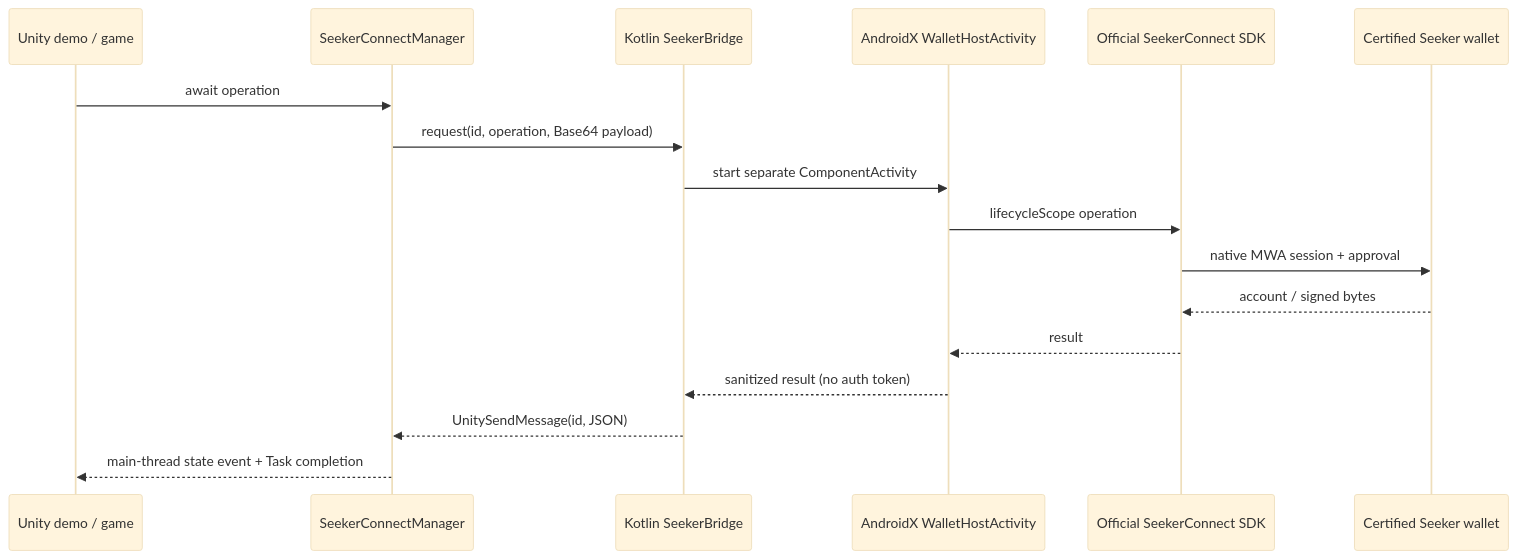
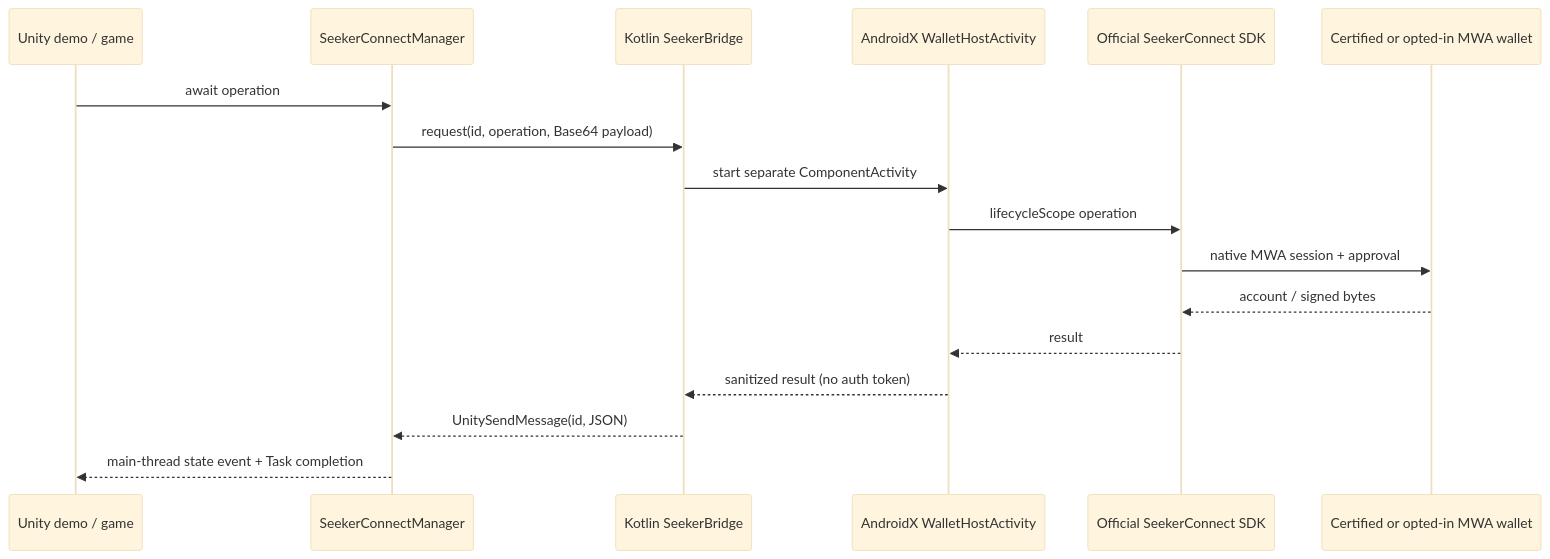
Before and after one commit to CryptoSodi/solana-seeker-connect-unity: the diagram in README.md, drawn with Mermaid (base theme). The commit also changed other lines of this file, not shown here.

Commit message:
Document production MWA setup and session restoration in README

````diff
--- a/README.md
+++ b/README.md
@@ -70,19 +128,19 @@
 ```mermaid
 sequenceDiagram
     participant UI as Unity demo / game
     participant CS as SeekerConnectManager
     participant JNI as Kotlin SeekerBridge
     participant Host as AndroidX WalletHostActivity
     participant SDK as Official SeekerConnect SDK
-    participant Wallet as Certified Seeker wallet
+    participant Wallet as Certified or opted-in MWA wallet
     UI->>CS: await operation
     CS->>JNI: request(id, operation, Base64 payload)
     JNI->>Host: start separate ComponentActivity
     Host->>SDK: lifecycleScope operation
     SDK->>Wallet: native MWA session + approval
     Wallet-->>SDK: account / signed bytes
     SDK-->>Host: result
     Host-->>JNI: sanitized result (no auth token)
     JNI-->>CS: UnitySendMessage(id, JSON)
     CS-->>UI: main-thread state event + Task completion
 ```
````
